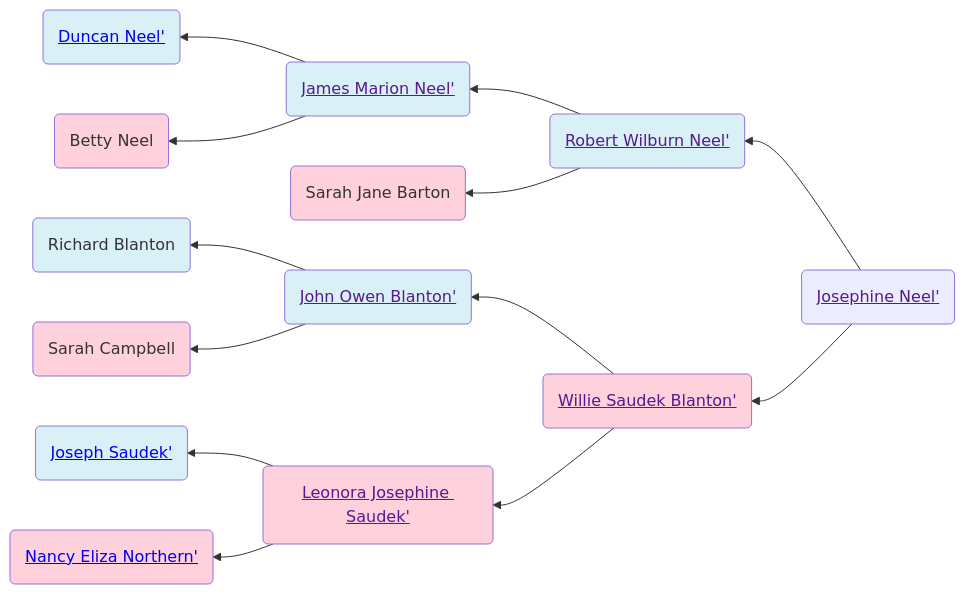
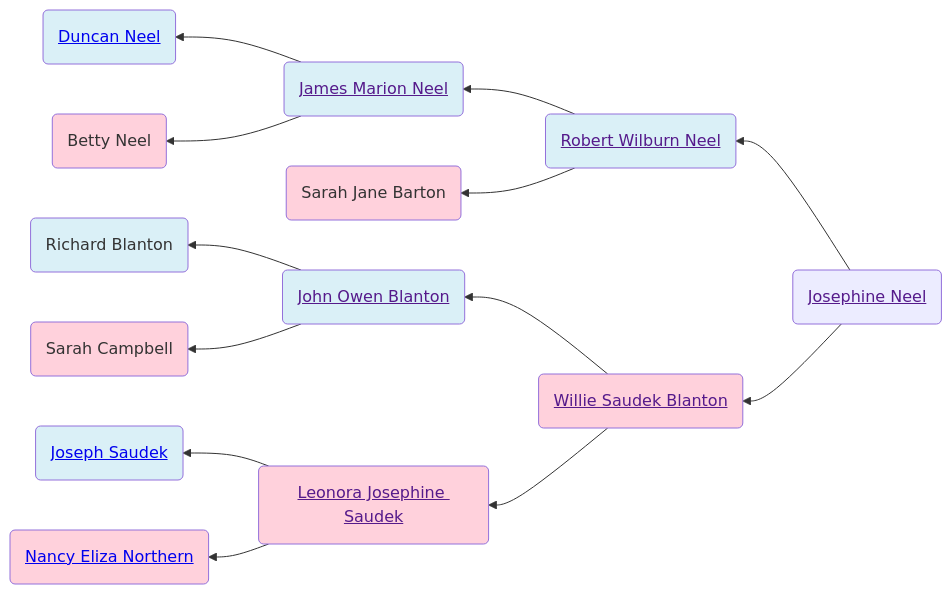
One commit to neelsmith/avocational changed the diagram in familyhistory/sources/people/Neel-line/Josephine_Neel.qmd. Above: the diagram before and after it, drawn with Mermaid. The commit also changed 96 other files, not shown here.

````diff
--- a/familyhistory/sources/people/Neel-line/Josephine_Neel.qmd
+++ b/familyhistory/sources/people/Neel-line/Josephine_Neel.qmd
@@ -19,32 +19,32 @@
 ```{mermaid}
 graph RL
 %% RL ancestor diagram
-Josephine_Neel(<a href=''>Josephine Neel'</>) -->  Robert_Wilburn_Neel(<a href='./Robert_Wilburn_Neel.html'>Robert Wilburn Neel'</>)
-Robert_Wilburn_Neel(<a href=''>Robert Wilburn Neel'</>) -->  James_Marion_Neel(<a href='./James_Marion_Neel.html'>James Marion Neel'</>)
-James_Marion_Neel(<a href=''>James Marion Neel'</>) -->  Duncan_Neel(<a href='./Duncan_Neel.html'>Duncan Neel'</>)
+Josephine_Neel(<a href=''>Josephine Neel</a>) -->  Robert_Wilburn_Neel(<a href='./Robert_Wilburn_Neel.html'>Robert Wilburn Neel</a>)
+Robert_Wilburn_Neel(<a href=''>Robert Wilburn Neel</a>) -->  James_Marion_Neel(<a href='./James_Marion_Neel.html'>James Marion Neel</a>)
+James_Marion_Neel(<a href=''>James Marion Neel</a>) -->  Duncan_Neel(<a href='./Duncan_Neel.html'>Duncan Neel</a>)
 class Duncan_Neel father
-James_Marion_Neel(<a href=''>James Marion Neel'</>)  --> Betty_Neel(Betty Neel)
+James_Marion_Neel(<a href=''>James Marion Neel</a>)  --> Betty_Neel(Betty Neel)
 class Betty_Neel mother
 class James_Marion_Neel father
-Robert_Wilburn_Neel(<a href=''>Robert Wilburn Neel'</>)  --> _Sarah_Jane_Barton( Sarah Jane Barton)
+Robert_Wilburn_Neel(<a href=''>Robert Wilburn Neel</a>)  --> _Sarah_Jane_Barton( Sarah Jane Barton)
 class _Sarah_Jane_Barton mother
 class Robert_Wilburn_Neel father
-Josephine_Neel(<a href=''>Josephine Neel'</>)  --> Willie_Saudek_Blanton(<a href='./Blanton-line/Willie_Saudek_Blanton.html'>Willie Saudek Blanton'</>)
-Willie_Saudek_Blanton(<a href=''>Willie Saudek Blanton'</>) -->  John_Owen_Blanton(<a href='./John_Owen_Blanton.html'>John Owen Blanton'</>)
-John_Owen_Blanton(<a href=''>John Owen Blanton'</>) -->  Richard_Blanton(Richard Blanton)
+Josephine_Neel(<a href=''>Josephine Neel</a>)  --> Willie_Saudek_Blanton(<a href='./Blanton-line/Willie_Saudek_Blanton.html'>Willie Saudek Blanton</a>)
+Willie_Saudek_Blanton(<a href=''>Willie Saudek Blanton</a>) -->  John_Owen_Blanton(<a href='./John_Owen_Blanton.html'>John Owen Blanton</a>)
+John_Owen_Blanton(<a href=''>John Owen Blanton</a>) -->  Richard_Blanton(Richard Blanton)
 class Richard_Blanton father
-John_Owen_Blanton(<a href=''>John Owen Blanton'</>)  --> Sarah_Campbell(Sarah Campbell)
+John_Owen_Blanton(<a href=''>John Owen Blanton</a>)  --> Sarah_Campbell(Sarah Campbell)
 class Sarah_Campbell mother
 class John_Owen_Blanton father
-Willie_Saudek_Blanton(<a href=''>Willie Saudek Blanton'</>)  --> Leonora_Josephine_Saudek(<a href='./Saudek-line/Leonora_Josephine_Saudek.html'>Leonora Josephine Saudek'</>)
-Leonora_Josephine_Saudek(<a href=''>Leonora Josephine Saudek'</>) -->  Joseph_Saudek(<a href='./Joseph_Saudek.html'>Joseph Saudek'</>)
+Willie_Saudek_Blanton(<a href=''>Willie Saudek Blanton</a>)  --> Leonora_Josephine_Saudek(<a href='./Saudek-line/Leonora_Josephine_Saudek.html'>Leonora Josephine Saudek</a>)
+Leonora_Josephine_Saudek(<a href=''>Leonora Josephine Saudek</a>) -->  Joseph_Saudek(<a href='./Joseph_Saudek.html'>Joseph Saudek</a>)
 class Joseph_Saudek father
-Leonora_Josephine_Saudek(<a href=''>Leonora Josephine Saudek'</>)  --> Nancy_Eliza_Northern(<a href='./Northern-line/Nancy_Eliza_Northern.html'>Nancy Eliza Northern'</>)
+Leonora_Josephine_Saudek(<a href=''>Leonora Josephine Saudek</a>)  --> Nancy_Eliza_Northern(<a href='./Northern-line/Nancy_Eliza_Northern.html'>Nancy Eliza Northern</a>)
 class Nancy_Eliza_Northern mother
 class Leonora_Josephine_Saudek mother
 class Willie_Saudek_Blanton mother
 classDef mother fill:#ffd1dc
 classDef father fill:#daf0f7  
 classDef marriage fill:#ffffff
 
 ```
````
